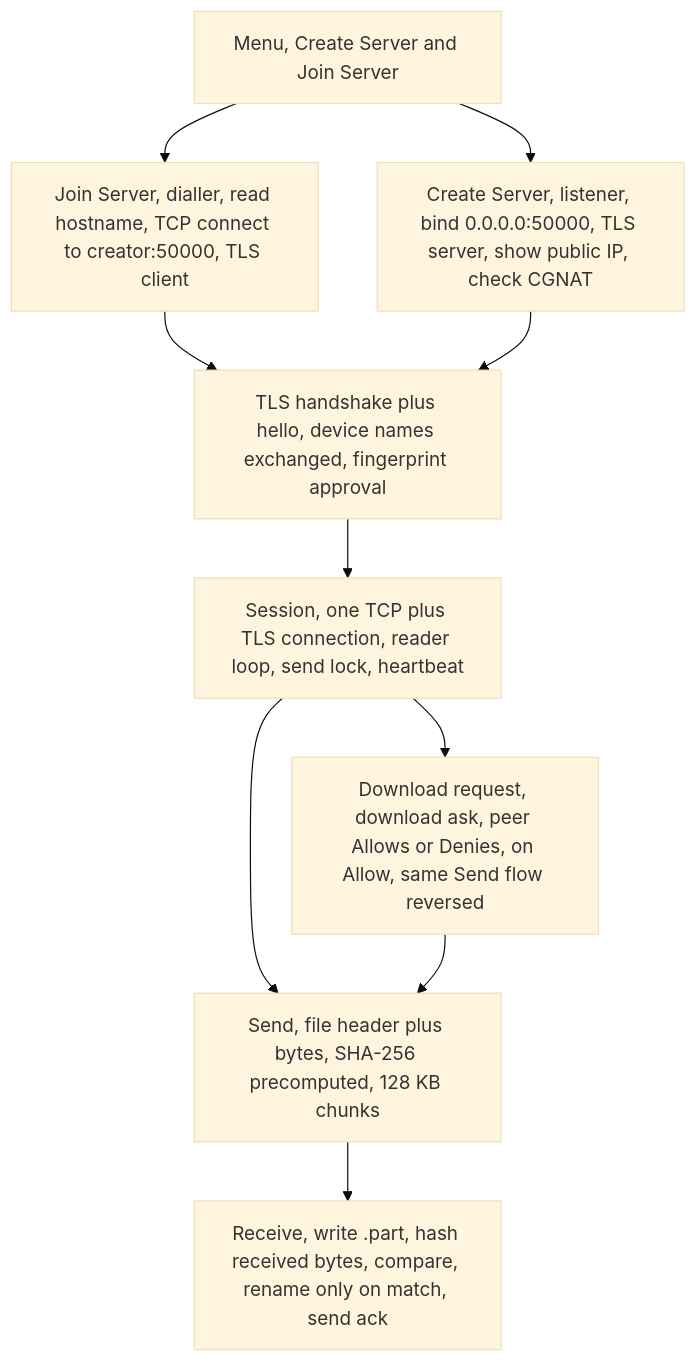
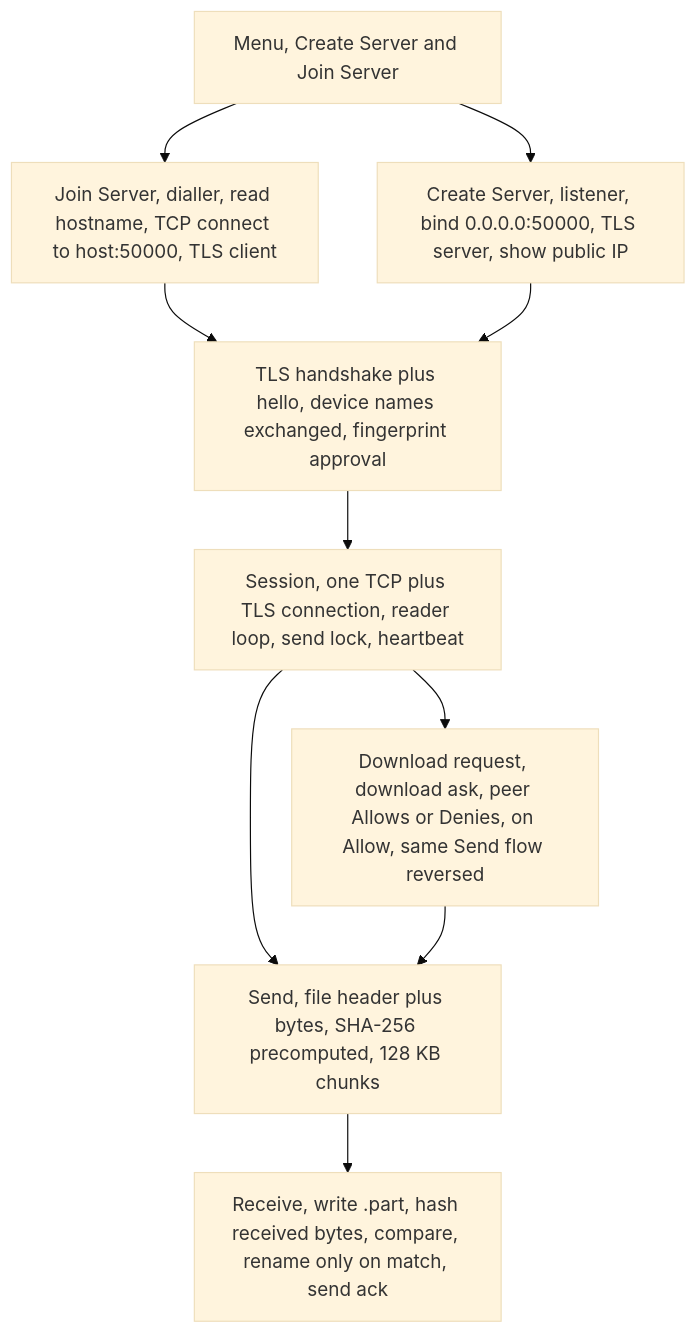
One commit to mohakps/riptide changed the fourth of 8 diagrams in docs/architecture.md. Above: the diagram before and after it, drawn with Mermaid (base theme). The commit also changed other lines of this file and 37 other files, not shown here.

````diff
--- a/docs/architecture.md
+++ b/docs/architecture.md
@@ -119,20 +119,20 @@
 ```mermaid
 flowchart TD
     Menu["Menu, Create Server and Join Server"]
-    Create["Create Server, listener, bind 0.0.0.0:50000, TLS server, show public IP, check CGNAT"]
-    Join["Join Server, dialler, read hostname, TCP connect to creator:50000, TLS client"]
+    Create["Create Server, listener, bind 0.0.0.0:50000, TLS server, show public IP"]
+    Join["Join Server, dialler, read hostname, TCP connect to host:50000, TLS client"]
     Handshake["TLS handshake plus hello, device names exchanged, fingerprint approval"]
     Session["Session, one TCP plus TLS connection, reader loop, send lock, heartbeat"]
     Send["Send, file header plus bytes, SHA-256 precomputed, 128 KB chunks"]
     Receive["Receive, write .part, hash received bytes, compare, rename only on match, send ack"]
     Download["Download request, download ask, peer Allows or Denies, on Allow, same Send flow reversed"]
     Menu --> Create
     Menu --> Join
     Join --> Handshake
     Create --> Handshake
     Handshake --> Session
     Session --> Send
     Session --> Download
     Send --> Receive
     Download --> Send
 ```
````
